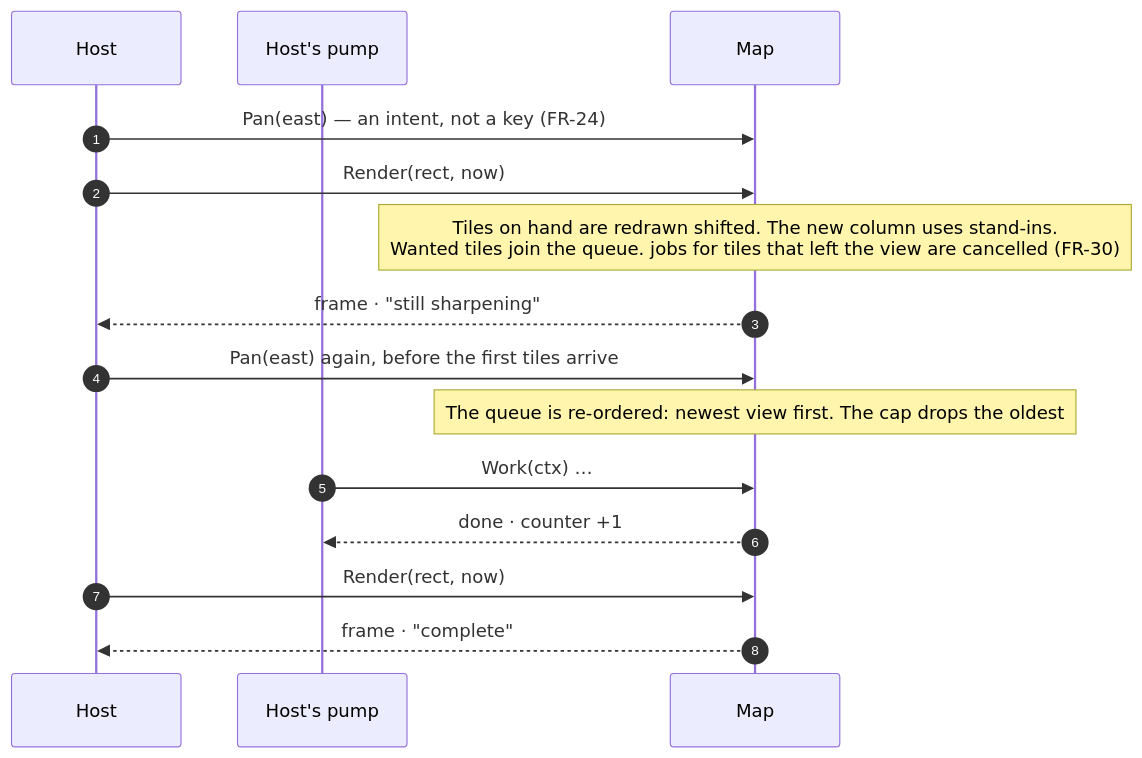
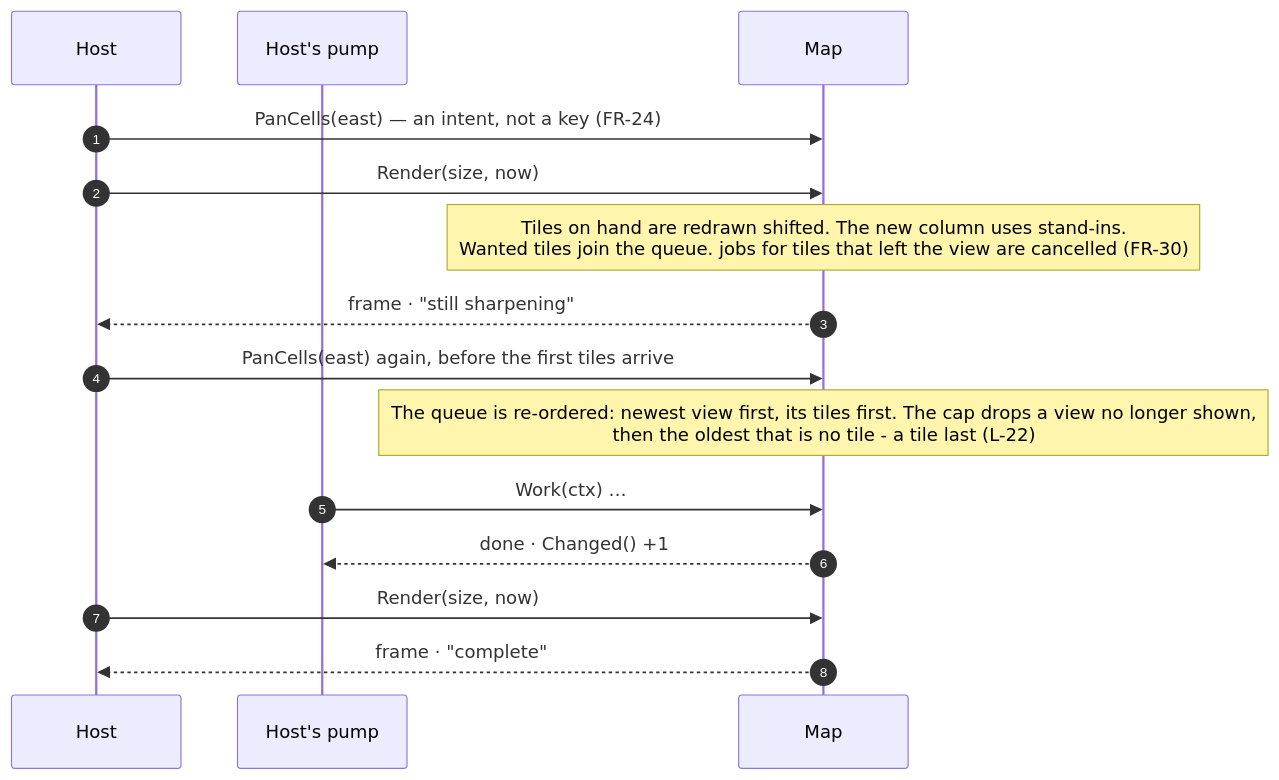
Before and after one commit to branden-thompson/go-tuimaps: the second of 4 diagrams in 06_docs/02_features/go-tuimaps/03-architecture-design/L3-sequences.md, drawn with Mermaid. The commit also changed other lines of this file and 544 other files, not shown here.

````diff
--- a/06_docs/02_features/go-tuimaps/03-architecture-design/L3-sequences.md
+++ b/06_docs/02_features/go-tuimaps/03-architecture-design/L3-sequences.md
@@ -47,17 +48,17 @@
 ```mermaid
 sequenceDiagram
     autonumber
     participant H as Host
     participant P as Host's pump
     participant M as Map
-    H->>M: Pan(east) — an intent, not a key (FR-24)
-    H->>M: Render(rect, now)
+    H->>M: PanCells(east) — an intent, not a key (FR-24)
+    H->>M: Render(size, now)
     Note over M: Tiles on hand are redrawn shifted. The new column uses stand-ins.<br/>Wanted tiles join the queue. jobs for tiles that left the view are cancelled (FR-30)
     M-->>H: frame · "still sharpening"
-    H->>M: Pan(east) again, before the first tiles arrive
-    Note over M: The queue is re-ordered: newest view first. The cap drops the oldest
+    H->>M: PanCells(east) again, before the first tiles arrive
+    Note over M: The queue is re-ordered: newest view first, its tiles first. The cap drops a view no longer shown,<br/>then the oldest that is no tile - a tile last (L-22)
     P->>M: Work(ctx) …
-    M-->>P: done · counter +1
-    H->>M: Render(rect, now)
+    M-->>P: done · Changed() +1
+    H->>M: Render(size, now)
     M-->>H: frame · "complete"
 ```
````
